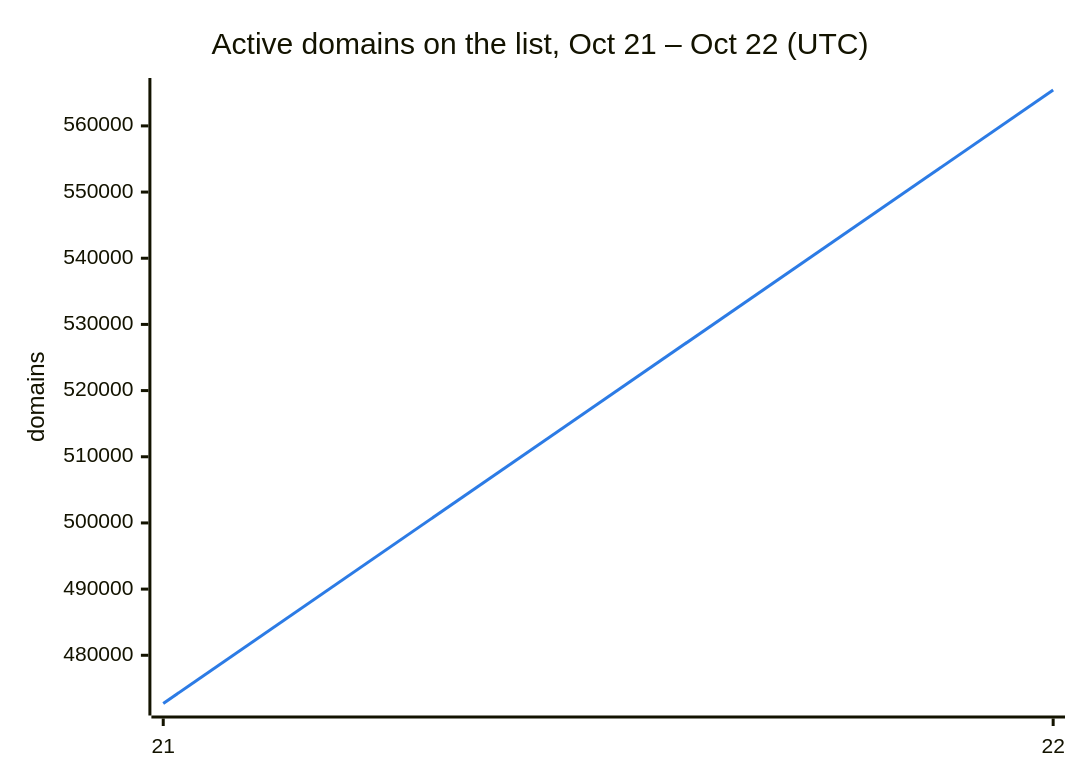
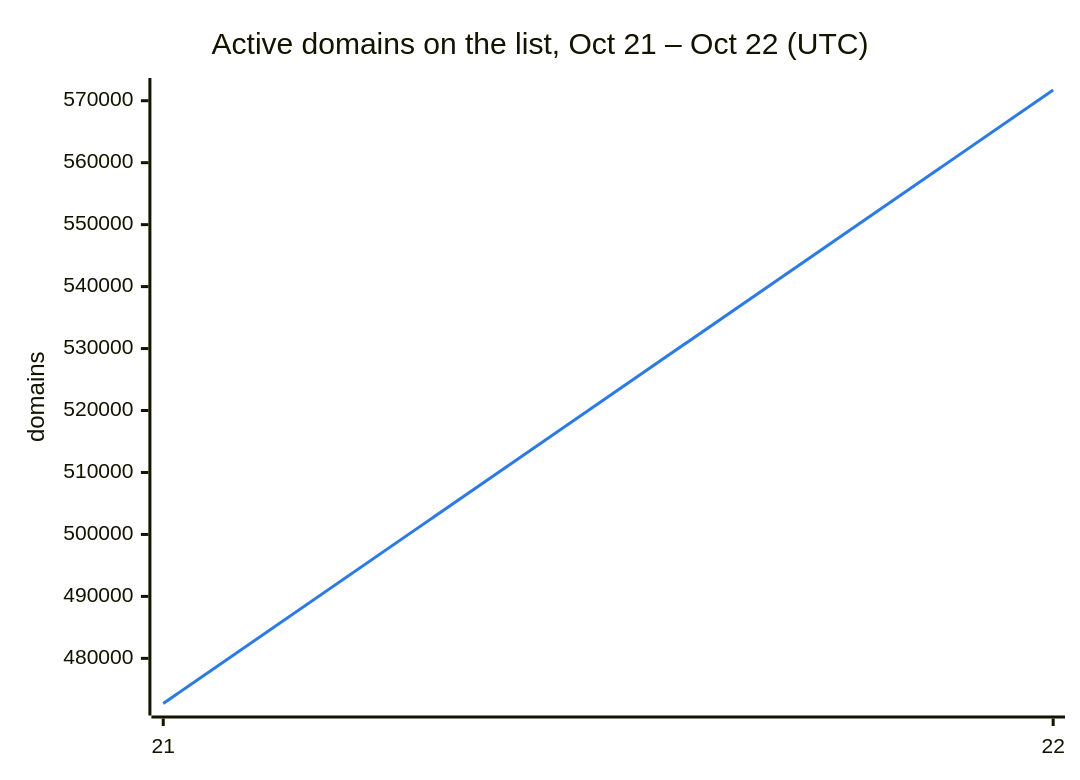
The second of 3 diagrams in README.md (DNSBunker/CTI), drawn with Mermaid before and after one commit. The commit also changed other lines of this file and 3 other files, not shown here.

````diff
--- a/README.md
+++ b/README.md
@@ -38,8 +38,8 @@
 ```mermaid
 %%{init: {"themeVariables": {"xyChart": {"plotColorPalette": "#2c7be5"}}}}%%
 xychart-beta
     title "Active domains on the list, Oct 21 – Oct 22 (UTC)"
     x-axis ["21", "22"]
     y-axis "domains"
-    line [472713, 565424]
+    line [472713, 571732]
 ```
````
